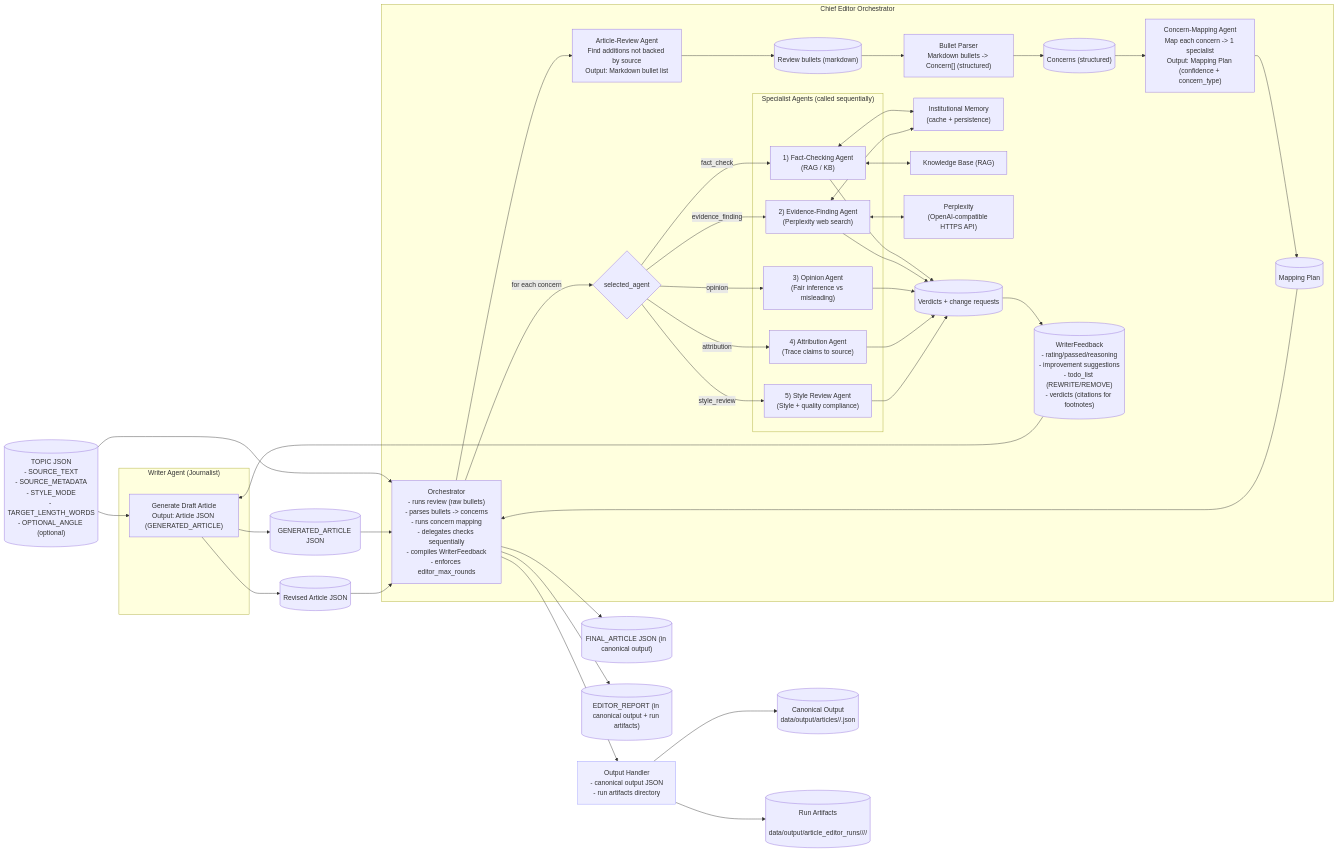
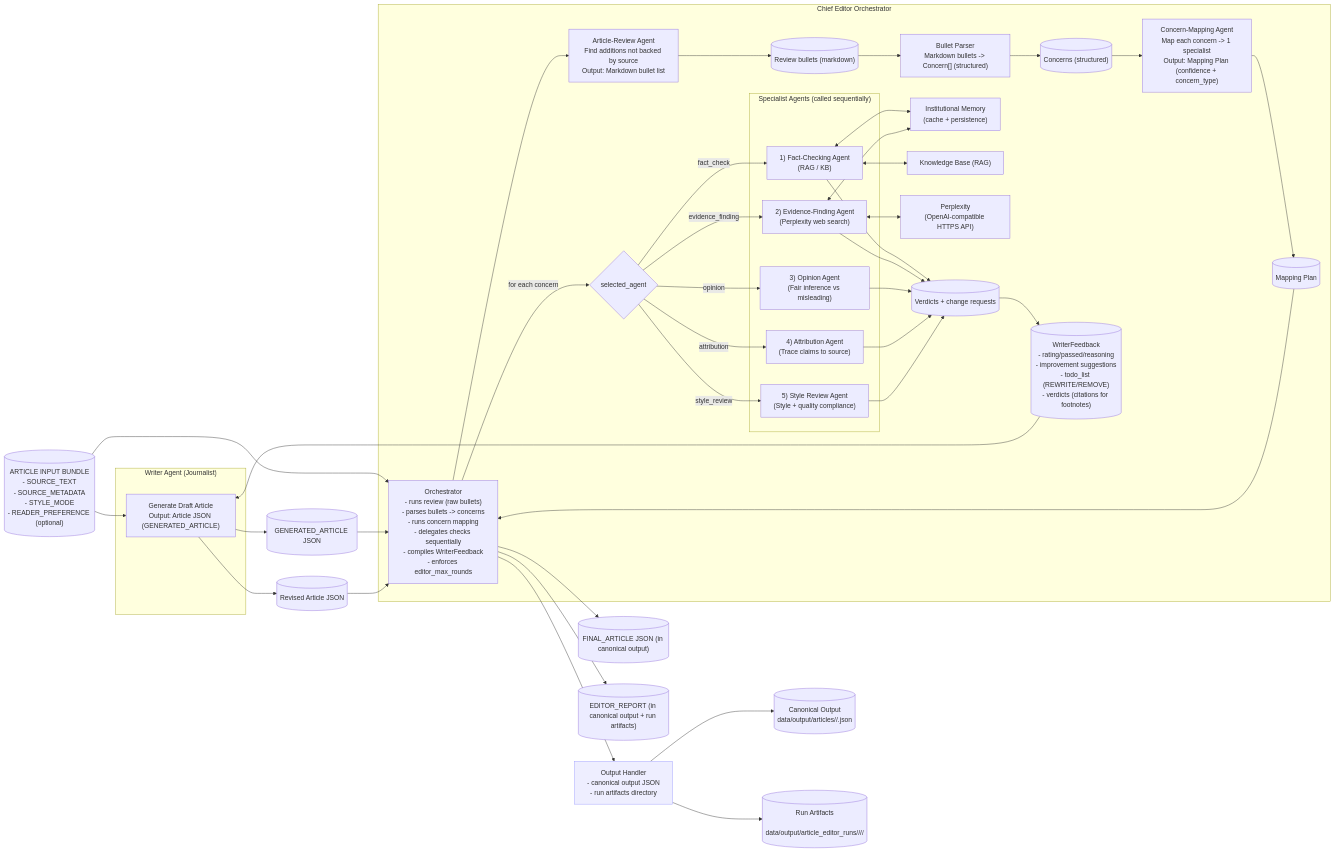
The first of 4 diagrams in docs/article-editor-agent-requirements.md (florianbuetow/agentic-news-generator), drawn with Mermaid before and after one commit. The commit also changed other lines of this file and 1 other file, not shown here.

First line of the commit message:
docs: sync requirements and implementation plan with bundle-based input

````diff
--- a/docs/article-editor-agent-requirements.md
+++ b/docs/article-editor-agent-requirements.md
@@ -8,81 +8,81 @@
 ```mermaid
 flowchart LR
-  %% Input contract (topic JSON)
-  TOPIC[("TOPIC JSON\n- SOURCE_TEXT\n- SOURCE_METADATA\n- STYLE_MODE\n- TARGET_LENGTH_WORDS\n- OPTIONAL_ANGLE (optional)")] --> W
+  %% Input contract (article input bundle)
+  TOPIC[("ARTICLE INPUT BUNDLE\n- SOURCE_TEXT\n- SOURCE_METADATA\n- STYLE_MODE\n- READER_PREFERENCE (optional)")] --> W
 
   %% Writer
   subgraph A["Writer Agent (Journalist)"]
     W["Generate Draft Article\nOutput: Article JSON (GENERATED_ARTICLE)"]
   end
 
   W --> DRAFT[("GENERATED_ARTICLE JSON")]
 
   %% Editor orchestrator
   TOPIC --> E
   DRAFT --> E
 
   subgraph B["Chief Editor Orchestrator"]
     E["Orchestrator\n- runs review (raw bullets)\n- parses bullets -> concerns\n- runs concern mapping\n- delegates checks sequentially\n- compiles WriterFeedback\n- enforces editor_max_rounds"]
 
     R["Article-Review Agent\nFind additions not backed by source\nOutput: Markdown bullet list"]
     BP["Bullet Parser\nMarkdown bullets -> Concern[] (structured)"]
     M["Concern-Mapping Agent\nMap each concern -> 1 specialist\nOutput: Mapping Plan (confidence + concern_type)"]
 
     E --> R --> BULLETS[("Review bullets (markdown)")]
     BULLETS --> BP --> CONCERNS[("Concerns (structured)")]
     CONCERNS --> M --> PLAN[("Mapping Plan")]
 
     subgraph C["Specialist Agents (called sequentially)"]
       FC["1) Fact-Checking Agent\n(RAG / KB)"]
       EF["2) Evidence-Finding Agent\n(Perplexity web search)"]
       OP["3) Opinion Agent\n(Fair inference vs misleading)"]
       AT["4) Attribution Agent\n(Trace claims to source)"]
       SR["5) Style Review Agent\n(Style + quality compliance)"]
     end
 
     IM["Institutional Memory\n(cache + persistence)"]
     KB["Knowledge Base (RAG)"]
     PX["Perplexity\n(OpenAI-compatible HTTPS API)"]
 
     PLAN --> E
 
     %% Exactly one specialist per concern (selected by mapping)
     E -->|for each concern| SEL{"selected_agent"}
     SEL -->|fact_check| FC
     SEL -->|evidence_finding| EF
     SEL -->|opinion| OP
     SEL -->|attribution| AT
     SEL -->|style_review| SR
 
     %% Specialists consult cache + external services
     FC <--> IM
     EF <--> IM
     FC <--> KB
     EF <--> PX
 
     FC --> V[("Verdicts + change requests")]
     EF --> V
     OP --> V
     AT --> V
     SR --> V
 
     V --> FB[("WriterFeedback\n- rating/passed/reasoning\n- improvement suggestions\n- todo_list (REWRITE/REMOVE)\n- verdicts (citations for footnotes)")]
   end
 
   %% Loop
   FB --> W
   W --> DRAFT2[("Revised Article JSON")]
   DRAFT2 --> E
 
   %% Outputs
   OUT["Output Handler\n- canonical output JSON\n- run artifacts directory"]:::box
   E --> OUT
-  OUT --> CANON[("Canonical Output\n data/output/articles/<channel>/<topic_slug>.json")]
-  OUT --> ART[("Run Artifacts\n data/output/article_editor_runs/<channel>/<topic_slug>/<run_id>/")]
+  OUT --> CANON[("Canonical Output\n data/output/articles/<channel>/<slug>.json")]
+  OUT --> ART[("Run Artifacts\n data/output/article_editor_runs/<channel>/<slug>/<run_id>/")]
 
   %% Termination
   E --> FINAL[("FINAL_ARTICLE JSON (in canonical output)")]
   E --> REPORT[("EDITOR_REPORT (in canonical output + run artifacts)")]
 
 classDef box fill:#eef,stroke:#99f,stroke-width:1px;
 ```
````
